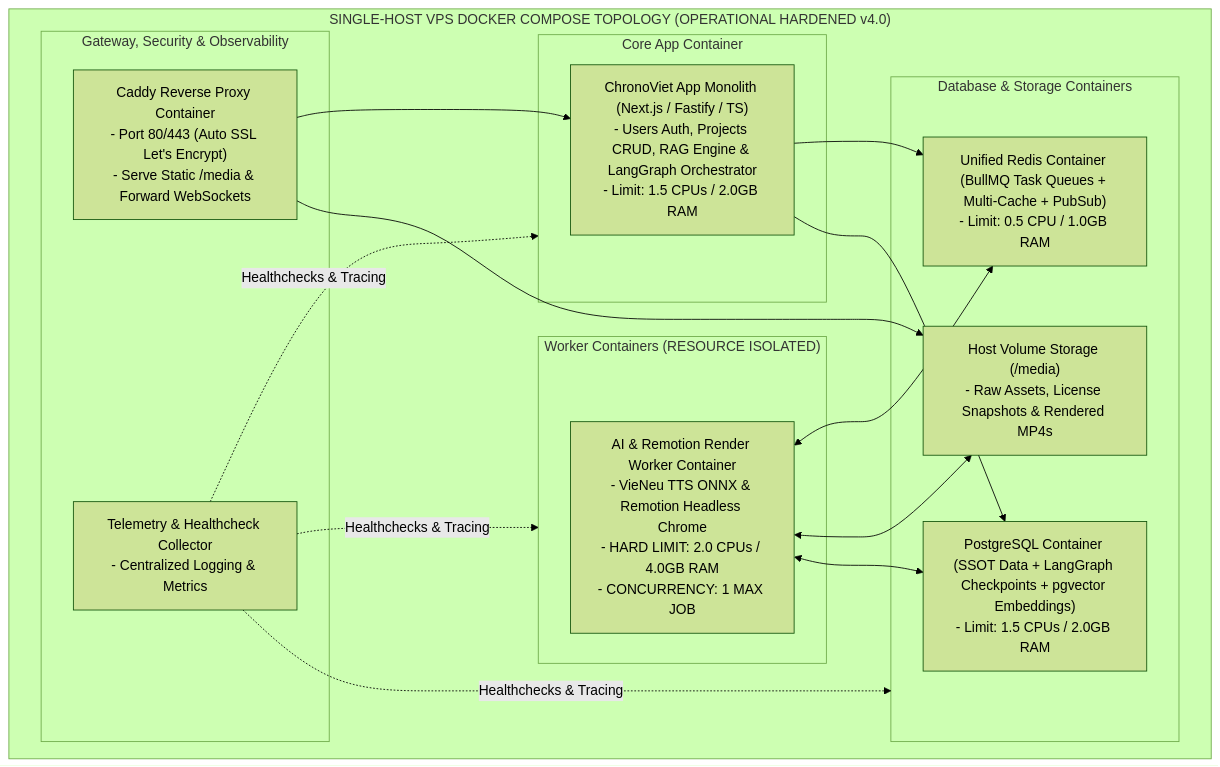
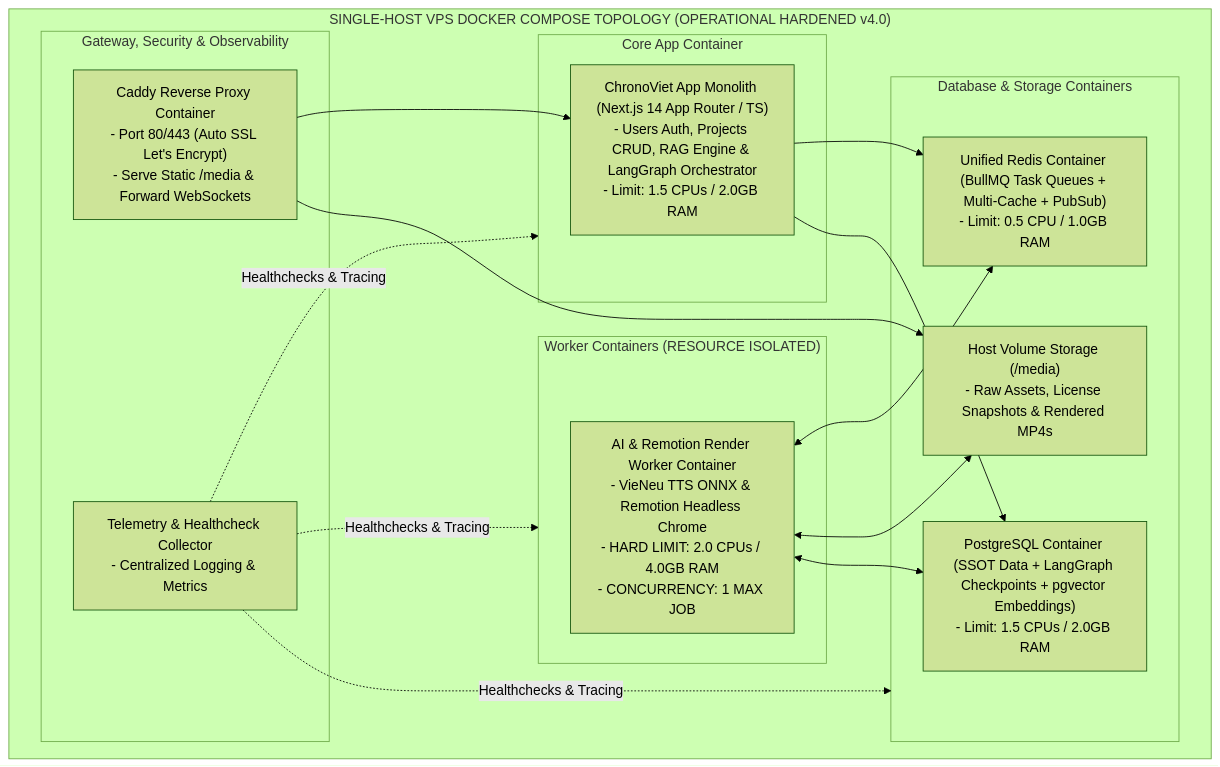
The sixth of 6 diagrams in docs/architecture/CHRONOVIET_ARCHITECTURE_DIAGRAMS.md (TCTri205/ChronoViet), drawn with Mermaid (forest theme) before and after one commit. The commit also changed other lines of this file and 85 other files, not shown here.

````diff
--- a/docs/architecture/CHRONOVIET_ARCHITECTURE_DIAGRAMS.md
+++ b/docs/architecture/CHRONOVIET_ARCHITECTURE_DIAGRAMS.md
@@ -290,30 +290,30 @@
 ```mermaid
 flowchart TB
     subgraph SingleHostDev["SINGLE-HOST VPS DOCKER COMPOSE TOPOLOGY (OPERATIONAL HARDENED v4.0)"]
         
         subgraph GatewayContainer["Gateway, Security & Observability"]
             CaddyCont["Caddy Reverse Proxy Container\n- Port 80/443 (Auto SSL Let's Encrypt)\n- Serve Static /media & Forward WebSockets"]
             TelemetryCont["Telemetry & Healthcheck Collector\n- Centralized Logging & Metrics"]
         end
 
         subgraph CoreServicesGroup["Core App Container"]
-            AppCont["ChronoViet App Monolith (Next.js / Fastify / TS)\n- Users Auth, Projects CRUD, RAG Engine & LangGraph Orchestrator\n- Limit: 1.5 CPUs / 2.0GB RAM"]
+            AppCont["ChronoViet App Monolith (Next.js 14 App Router / TS)\n- Users Auth, Projects CRUD, RAG Engine & LangGraph Orchestrator\n- Limit: 1.5 CPUs / 2.0GB RAM"]
         end
 
         subgraph WorkerGroup["Worker Containers (RESOURCE ISOLATED)"]
             WorkerCont["AI & Remotion Render Worker Container\n- VieNeu TTS ONNX & Remotion Headless Chrome\n- HARD LIMIT: 2.0 CPUs / 4.0GB RAM\n- CONCURRENCY: 1 MAX JOB"]
         end
 
         subgraph StorageContainers["Database & Storage Containers"]
             PGCont["PostgreSQL Container (SSOT Data + LangGraph Checkpoints + pgvector Embeddings)\n- Limit: 1.5 CPUs / 2.0GB RAM"]
             RedisCont["Unified Redis Container (BullMQ Task Queues + Multi-Cache + PubSub)\n- Limit: 0.5 CPU / 1.0GB RAM"]
             VolumeCont["Host Volume Storage (/media)\n- Raw Assets, License Snapshots & Rendered MP4s"]
         end
     end
 
     CaddyCont --> AppCont & VolumeCont
     TelemetryCont -. Healthchecks & Tracing .-> CoreServicesGroup & WorkerGroup & StorageContainers
 
     AppCont --> RedisCont & PGCont
     WorkerCont <--> RedisCont & VolumeCont & PGCont
 ```
````
